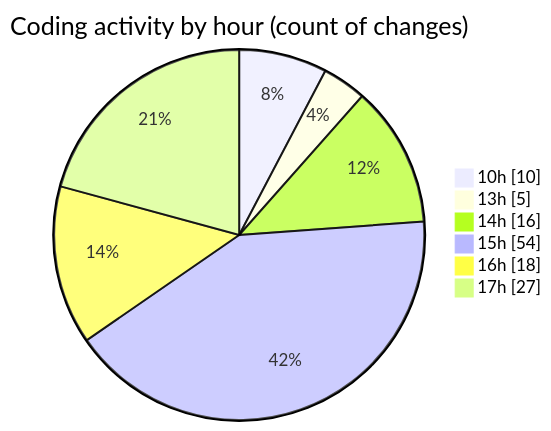
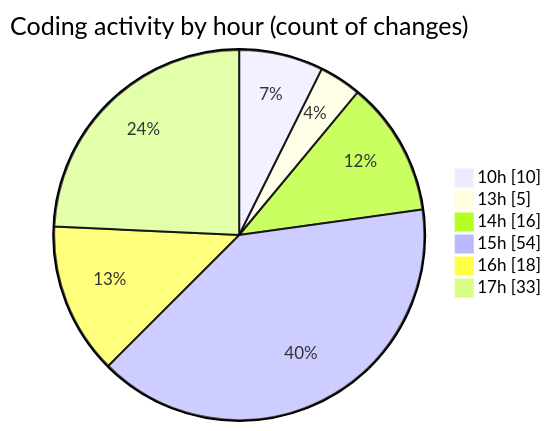
One commit to nxtqubesakshisongat/code-tracking changed the second of 2 diagrams in 2025-07-30/nxtqube_webapp/README.md. Above: the diagram before and after it, drawn with Mermaid. The commit also changed other lines of this file and 1 other file, not shown here.

````diff
--- a/2025-07-30/nxtqube_webapp/README.md
+++ b/2025-07-30/nxtqube_webapp/README.md
@@ -39,10 +39,10 @@
 ```mermaid
 pie showData
 title Coding activity by hour (count of changes)
 "10h" : 10
 "13h" : 5
 "14h" : 16
 "15h" : 54
 "16h" : 18
-"17h" : 27
+"17h" : 33
 ```
````
